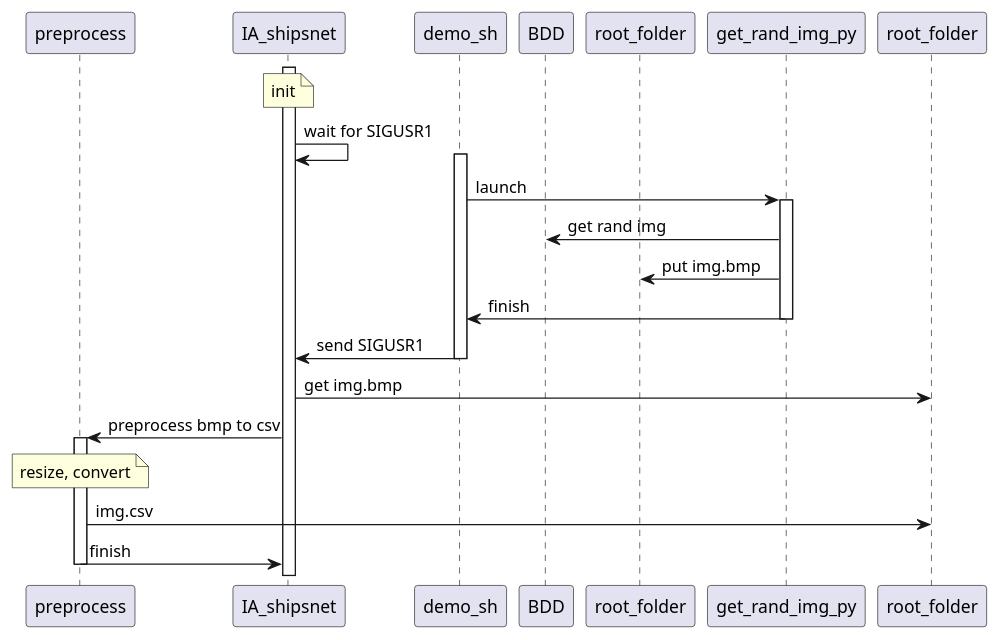
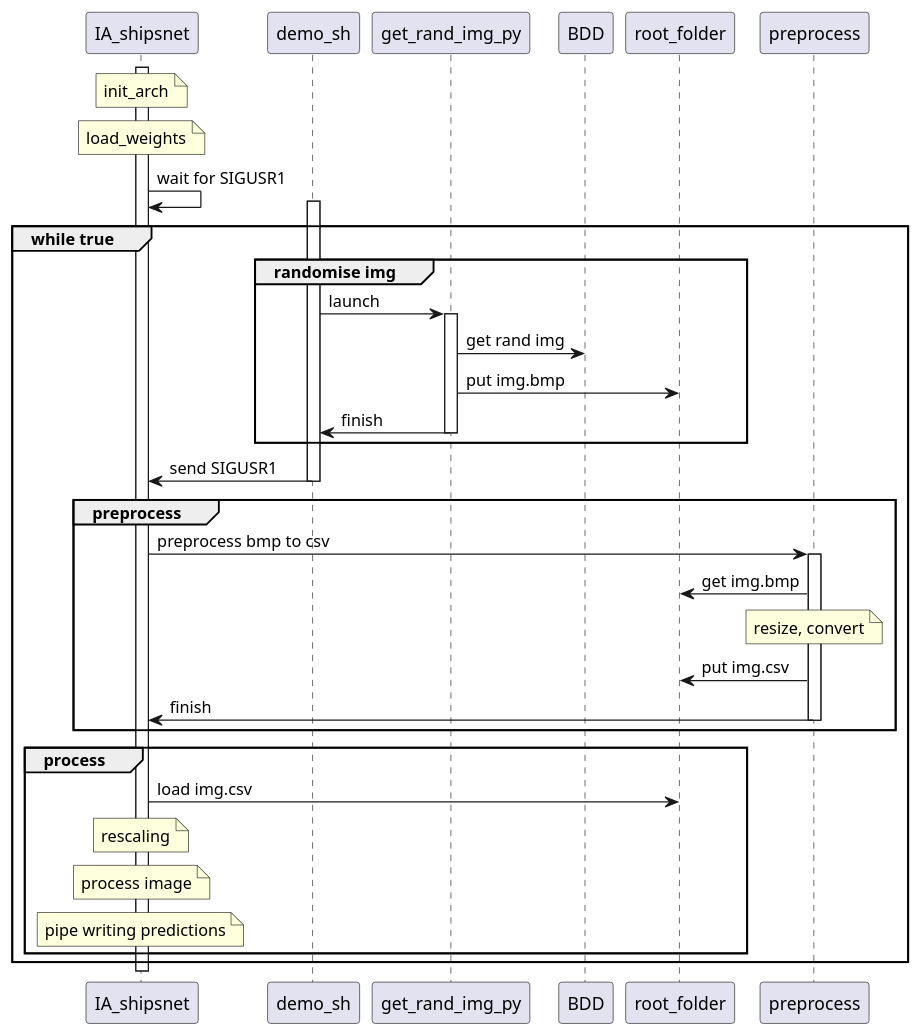
The second of 2 diagrams in plantuml/A-Eye_Visor.plantuml (GuilhemROLLAND/A-Eye_Documentation), drawn with PlantUML before and after one commit. The commit also changed other lines of this file and 2 other files, not shown here.

Commit message:
AI sequence

```diff
--- a/plantuml/A-Eye_Visor.plantuml
+++ b/plantuml/A-Eye_Visor.plantuml
@@ -58,30 +61,45 @@
-@startuml Sequence IA
-participant preprocess
+@startuml Sequence_IA
 participant IA_shipsnet as shipsnet
 participant demo_sh
+participant get_rand_img_py as rand
 participant BDD 
-participant root_folder as root
-participant get_rand_img_py as rand
+participant root_folder
+participant preprocess
 
 activate shipsnet 
-note over shipsnet : init
+note over shipsnet : init_arch
+note over shipsnet : load_weights
 shipsnet -> shipsnet : wait for SIGUSR1
 activate demo_sh
-demo_sh -> rand : launch
-activate rand
-rand -> BDD : get rand img
-rand -> root : put img.bmp
-rand -> demo_sh : finish
-deactivate rand
-demo_sh -> shipsnet : send SIGUSR1
-deactivate demo_sh
-shipsnet -> root_folder : get img.bmp
-shipsnet -> preprocess : preprocess bmp to csv
-activate preprocess
-note over preprocess : resize, convert
-preprocess -> root_folder : img.csv
-preprocess -> shipsnet : finish
-' TO DO
-deactivate preprocess
+group while true
+    group randomise img
+        demo_sh -> rand : launch
+        activate rand
+        rand -> BDD : get rand img
+        rand -> root_folder : put img.bmp
+        rand -> demo_sh : finish
+        deactivate rand
+    end
 
+    demo_sh -> shipsnet : send SIGUSR1
+    deactivate demo_sh
+
+    group preprocess
+        shipsnet -> preprocess : preprocess bmp to csv
+        activate preprocess
+        preprocess -> root_folder : get img.bmp
+        note over preprocess : resize, convert
+        preprocess -> root_folder : put img.csv
+        preprocess -> shipsnet : finish
+        deactivate preprocess
+    end
+
+    group process
+        shipsnet -> root_folder : load img.csv
+        note over shipsnet : rescaling
+        note over shipsnet : process image
+        note over shipsnet : pipe writing predictions
+    end
+end
+deactivate shipsnet
 @enduml 
```
